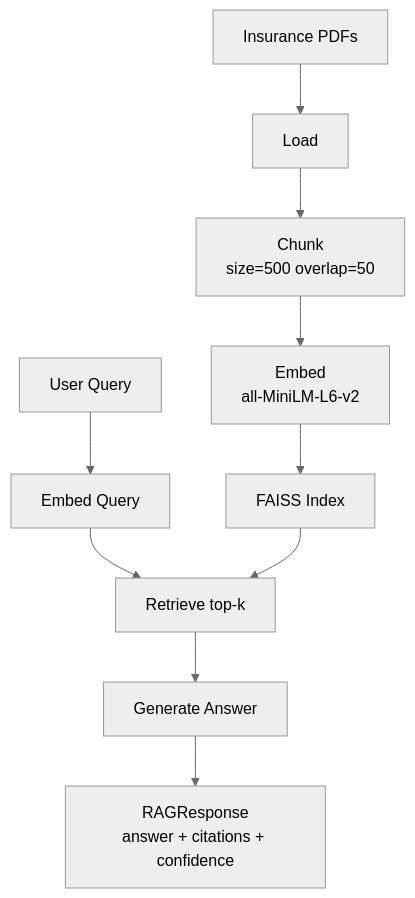
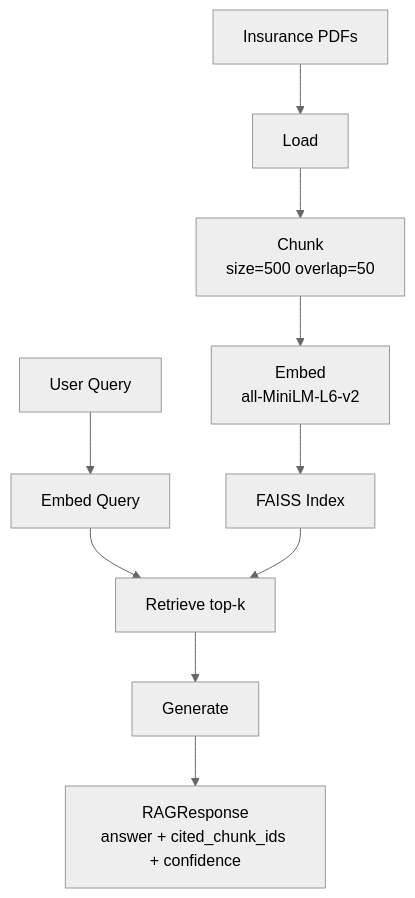
The diagram in README.md (Victorianukiry/rag-three-ways), drawn with Mermaid (neutral theme) before and after one commit. The commit also changed other lines of this file, not shown here.

````diff
--- a/README.md
+++ b/README.md
@@ -16,12 +20,12 @@
 ```mermaid
 flowchart TD
     A[Insurance PDFs] --> B[Load]
     B --> C[Chunk\nsize=500 overlap=50]
     C --> D[Embed\nall-MiniLM-L6-v2]
     D --> E[FAISS Index]
     F[User Query] --> G[Embed Query]
     G --> H[Retrieve top-k]
     E --> H
-    H --> I[Generate Answer]
-    I --> J[RAGResponse\nanswer + citations + confidence]
+    H --> I[Generate]
+    I --> J[RAGResponse\nanswer + cited_chunk_ids + confidence]
 ```
````
